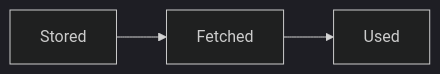
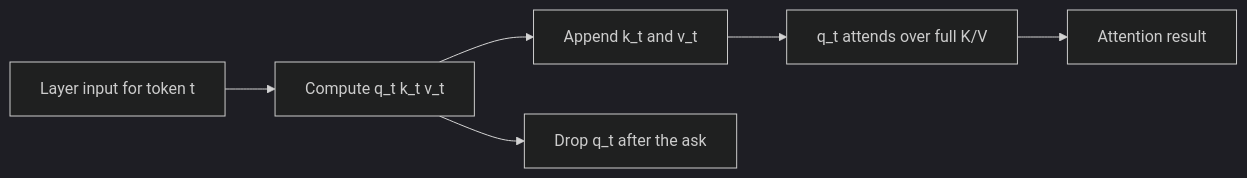
The second of 4 diagrams in _posts/2026-09-24-kv-cache-sticky-notes.md (vijaykumarjob0701/theintelliwise), drawn with Mermaid (dark theme) before and after one commit. The commit also changed other lines of this file and 12 other files, not shown here.

````diff
--- a/_posts/2026-09-24-kv-cache-sticky-notes.md
+++ b/_posts/2026-09-24-kv-cache-sticky-notes.md
@@ -80,5 +114,8 @@
 ```mermaid
 flowchart LR
-  A[Stored] --> B[Fetched]
-  B --> C[Used]
+  A[Layer input for token t] --> B[Compute q_t k_t v_t]
+  B --> C[Append k_t and v_t]
+  B --> D[Drop q_t after the ask]
+  C --> E[q_t attends over full K/V]
+  E --> F[Attention result]
 ```
````
